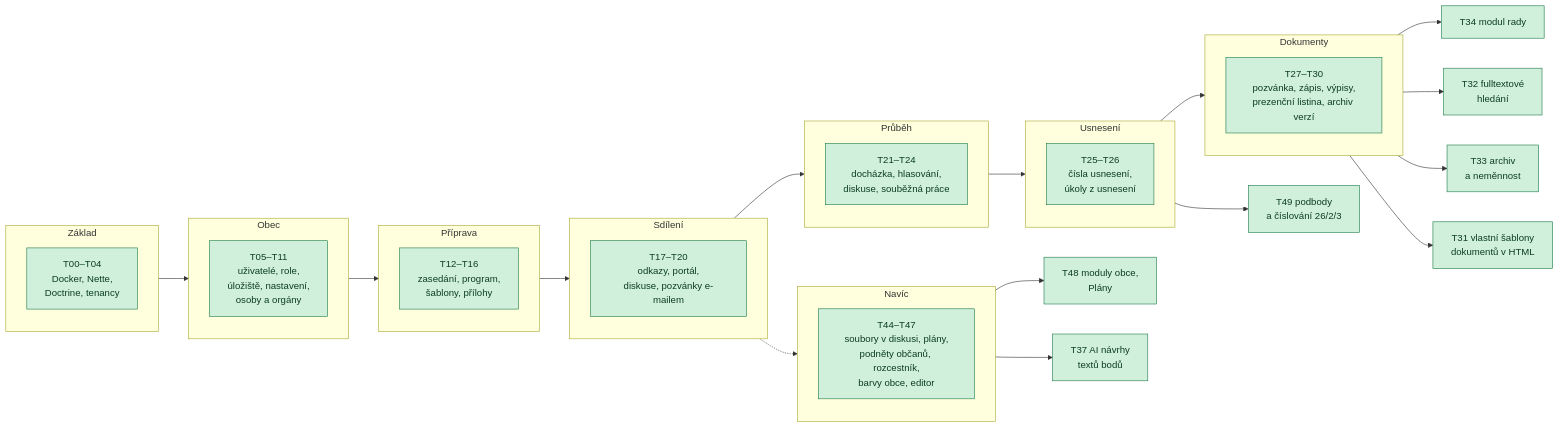
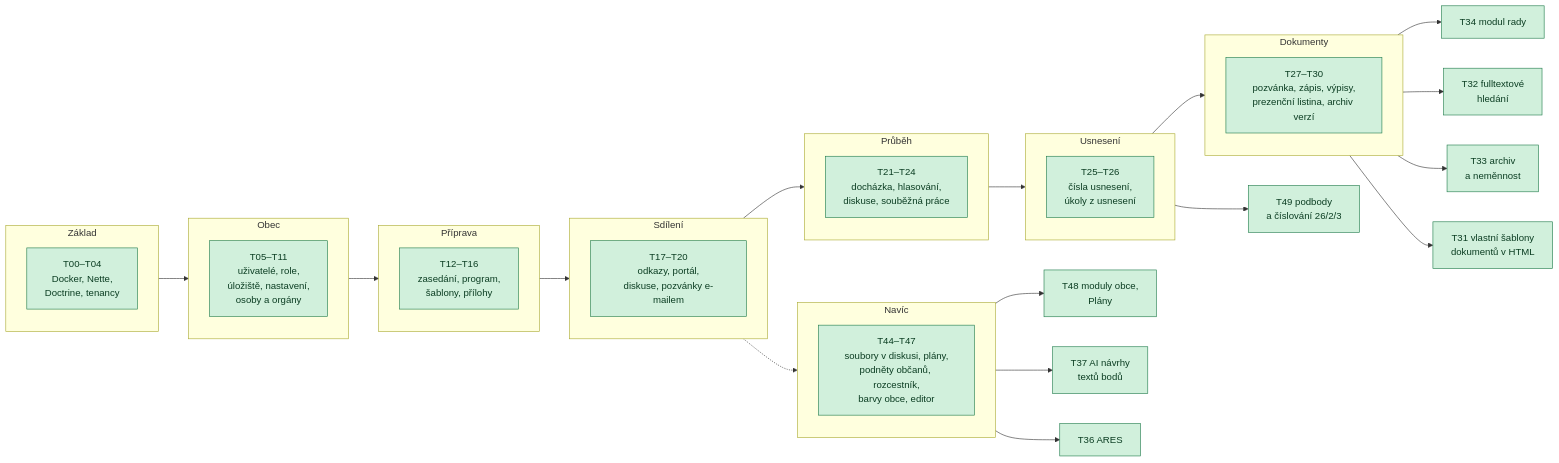
Before and after one commit to 731mat/konsel: the diagram in doc/wiki/09-plan-a-stav.md, drawn with Mermaid. The commit also changed other lines of this file and 17 other files, not shown here.

````diff
--- a/doc/wiki/09-plan-a-stav.md
+++ b/doc/wiki/09-plan-a-stav.md
@@ -7,46 +7,48 @@
 ```mermaid
 flowchart LR
     subgraph F0["Základ"]
         T00[T00–T04<br/>Docker, Nette,<br/>Doctrine, tenancy]
     end
     subgraph F1["Obec"]
         T05[T05–T11<br/>uživatelé, role,<br/>úložiště, nastavení,<br/>osoby a orgány]
     end
     subgraph F2["Příprava"]
         T12[T12–T16<br/>zasedání, program,<br/>šablony, přílohy]
     end
     subgraph F3["Sdílení"]
         T17[T17–T20<br/>odkazy, portál,<br/>diskuse, pozvánky e-mailem]
     end
     subgraph F4["Průběh"]
         T21[T21–T24<br/>docházka, hlasování,<br/>diskuse, souběžná práce]
     end
     subgraph F5["Usnesení"]
         T25[T25–T26<br/>čísla usnesení,<br/>úkoly z usnesení]
     end
     subgraph F6["Dokumenty"]
         T28[T27–T30<br/>pozvánka, zápis, výpisy,<br/>prezenční listina, archiv verzí]
     end
     subgraph F10["Navíc"]
         T44[T44–T47<br/>soubory v diskusi, plány,<br/>podněty občanů, rozcestník,<br/>barvy obce, editor]
     end
     T34[T34 modul rady]
     T32[T32 fulltextové<br/>hledání]
     T33[T33 archiv<br/>a neměnnost]
     T48[T48 moduly obce,<br/>Plány]
     T31[T31 vlastní šablony<br/>dokumentů v HTML]
     T49[T49 podbody<br/>a číslování 26/2/3]
     T37[T37 AI návrhy<br/>textů bodů]
+    T36[T36 ARES]
     F0 --> F1 --> F2 --> F3 --> F4 --> F5 --> F6
     F6 --> T34
     F6 --> T32
     F6 --> T33
     F10 --> T48
     F6 --> T31
     F5 --> T49
     F10 --> T37
+    F10 --> T36
     F3 -.-> F10
 
     classDef done fill:#d1f0dc,stroke:#1e7b4a,color:#0b3d22;
-    class T00,T05,T12,T17,T21,T25,T28,T44,T34,T32,T33,T48,T31,T49,T37 done;
+    class T00,T05,T12,T17,T21,T25,T28,T44,T34,T32,T33,T48,T31,T49,T37,T36 done;
 ```
````
